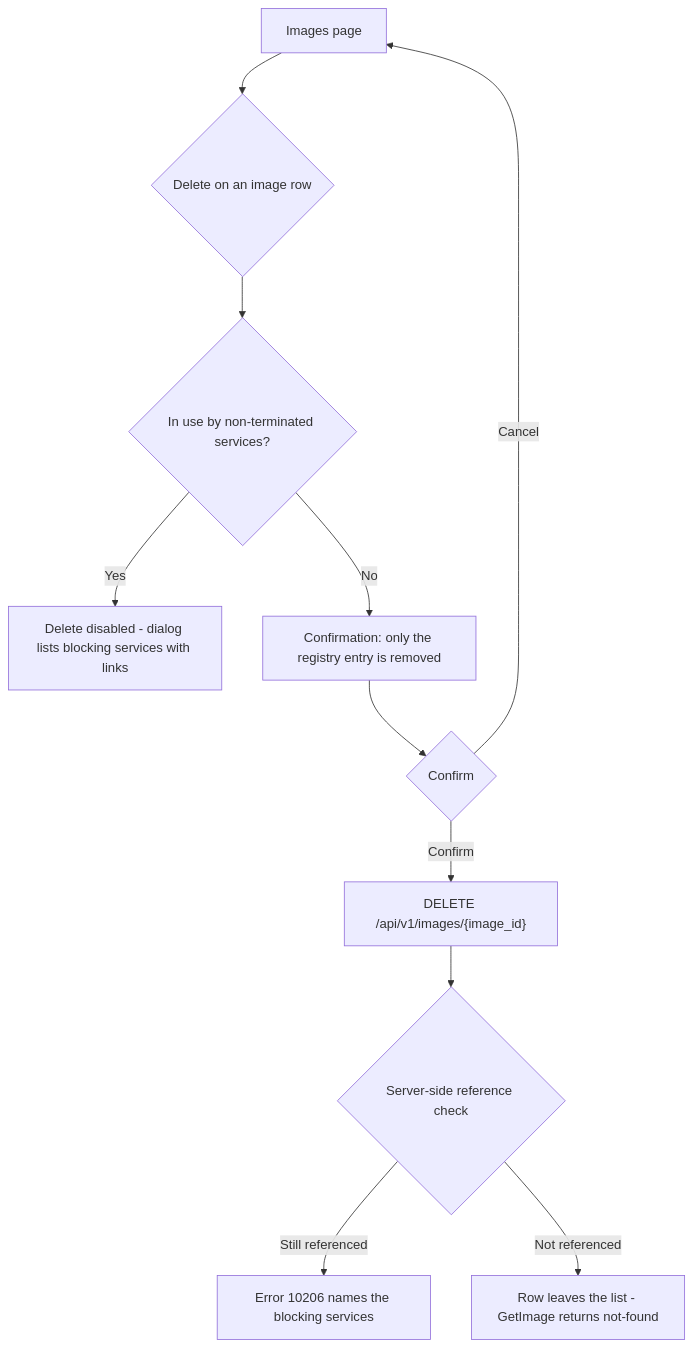
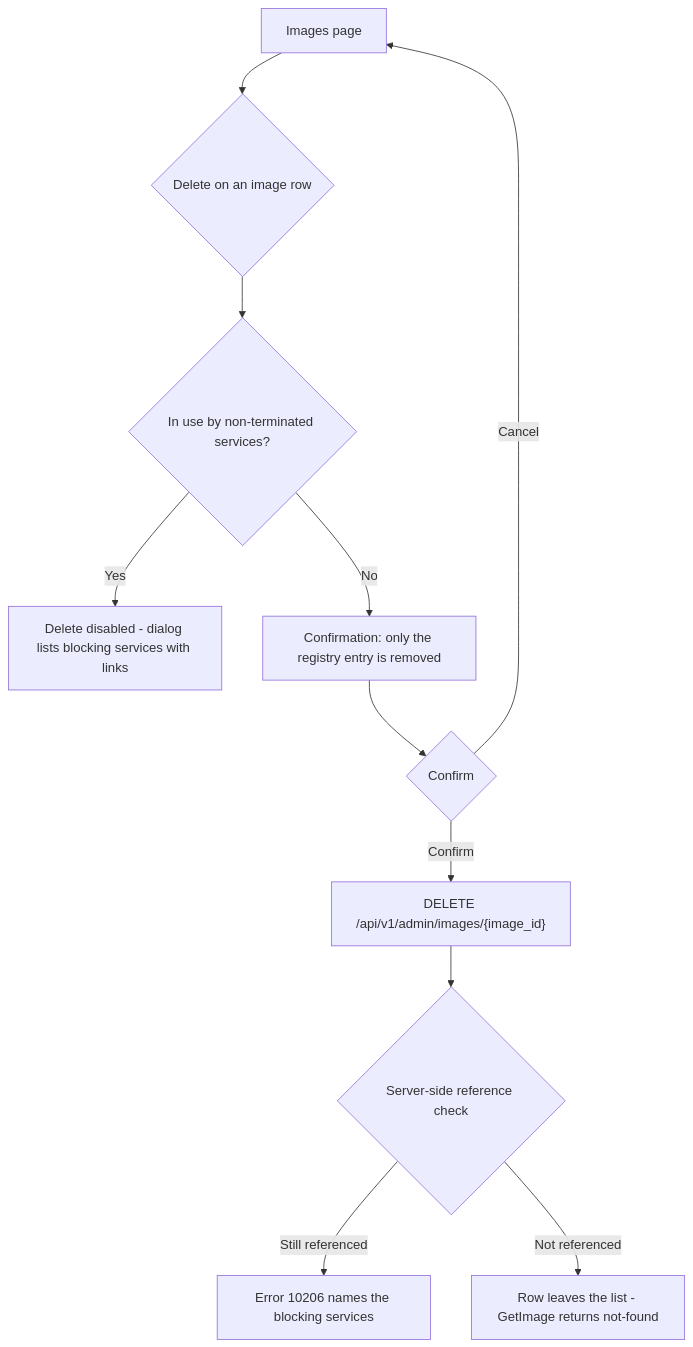
Before and after one commit to go-taas/go-taas: the fourth of 4 diagrams in site/docs/design/image-management.md, drawn with Mermaid. The commit also changed other lines of this file and 13 other files, not shown here.

````diff
--- a/site/docs/design/image-management.md
+++ b/site/docs/design/image-management.md
@@ -231,13 +231,13 @@
 ```mermaid
 flowchart TD
     A["Images page"] --> B{"Delete on an image row"}
     B --> C{"In use by non-terminated services?"}
     C -->|Yes| D["Delete disabled - dialog lists blocking services with links"]
     C -->|No| E["Confirmation: only the registry entry is removed"]
     E --> F{"Confirm"}
     F -->|Cancel| A
-    F -->|Confirm| G["DELETE /api/v1/images/{image_id}"]
+    F -->|Confirm| G["DELETE /api/v1/admin/images/{image_id}"]
     G --> H{"Server-side reference check"}
     H -->|Still referenced| I["Error 10206 names the blocking services"]
     H -->|Not referenced| J["Row leaves the list - GetImage returns not-found"]
 ```
````
